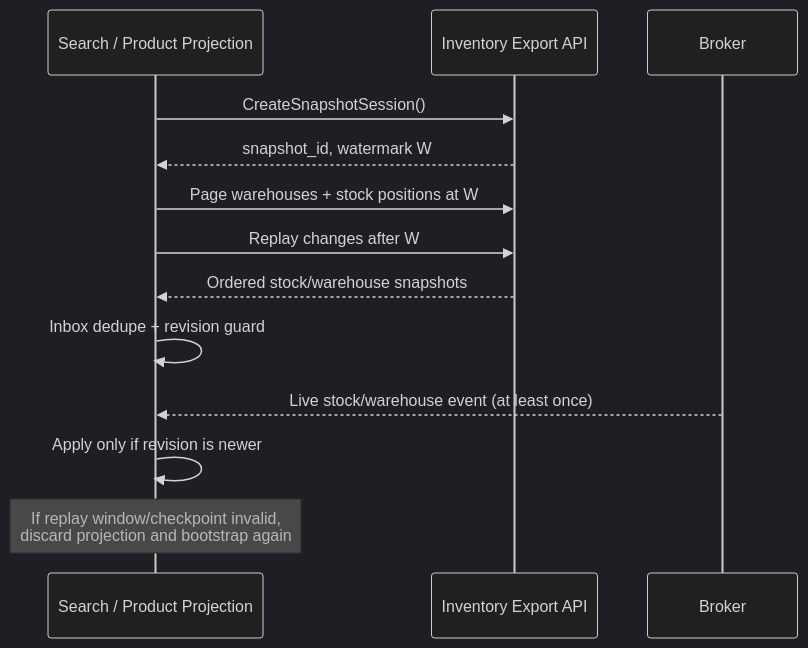
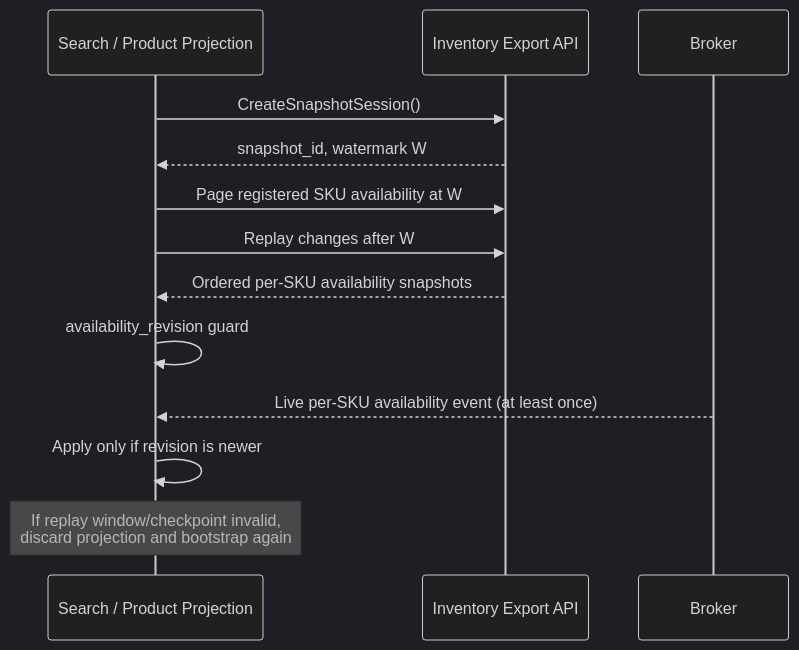
Before and after one commit to quangdung2110/e-commerce-microservices: the diagram in docs/inventory/brainstorm/contract-catalogue.md, drawn with Mermaid (dark theme). The commit also changed other lines of this file and 13 other files, not shown here.

First line of the commit message:
docs(inventory): own per-SKU Search availability

````diff
--- a/docs/inventory/brainstorm/contract-catalogue.md
+++ b/docs/inventory/brainstorm/contract-catalogue.md
@@ -233,16 +233,16 @@
 ```mermaid
 sequenceDiagram
     participant Search as Search / Product Projection
     participant Export as Inventory Export API
     participant Broker
 
     Search->>Export: CreateSnapshotSession()
     Export-->>Search: snapshot_id, watermark W
-    Search->>Export: Page warehouses + stock positions at W
+    Search->>Export: Page registered SKU availability at W
     Search->>Export: Replay changes after W
-    Export-->>Search: Ordered stock/warehouse snapshots
-    Search->>Search: Inbox dedupe + revision guard
-    Broker-->>Search: Live stock/warehouse event (at least once)
+    Export-->>Search: Ordered per-SKU availability snapshots
+    Search->>Search: availability_revision guard
+    Broker-->>Search: Live per-SKU availability event (at least once)
     Search->>Search: Apply only if revision is newer
     Note over Search: If replay window/checkpoint invalid,<br/>discard projection and bootstrap again
 ```
````
